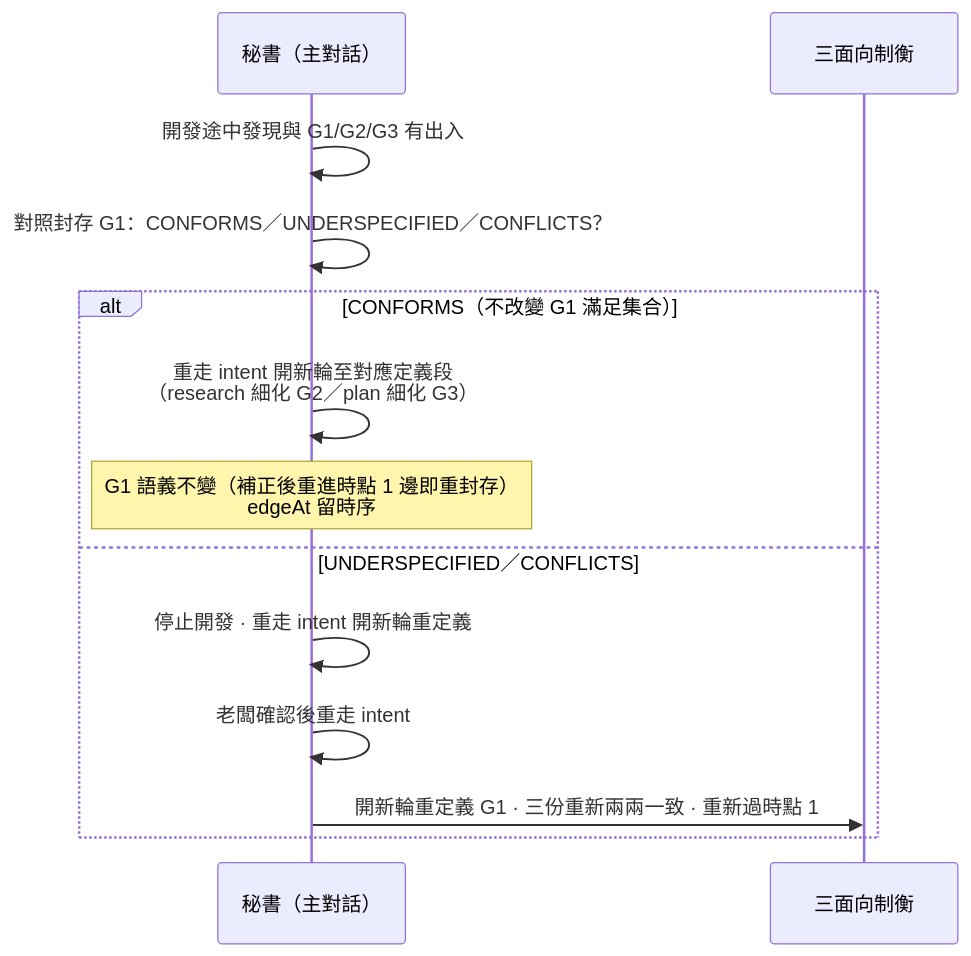
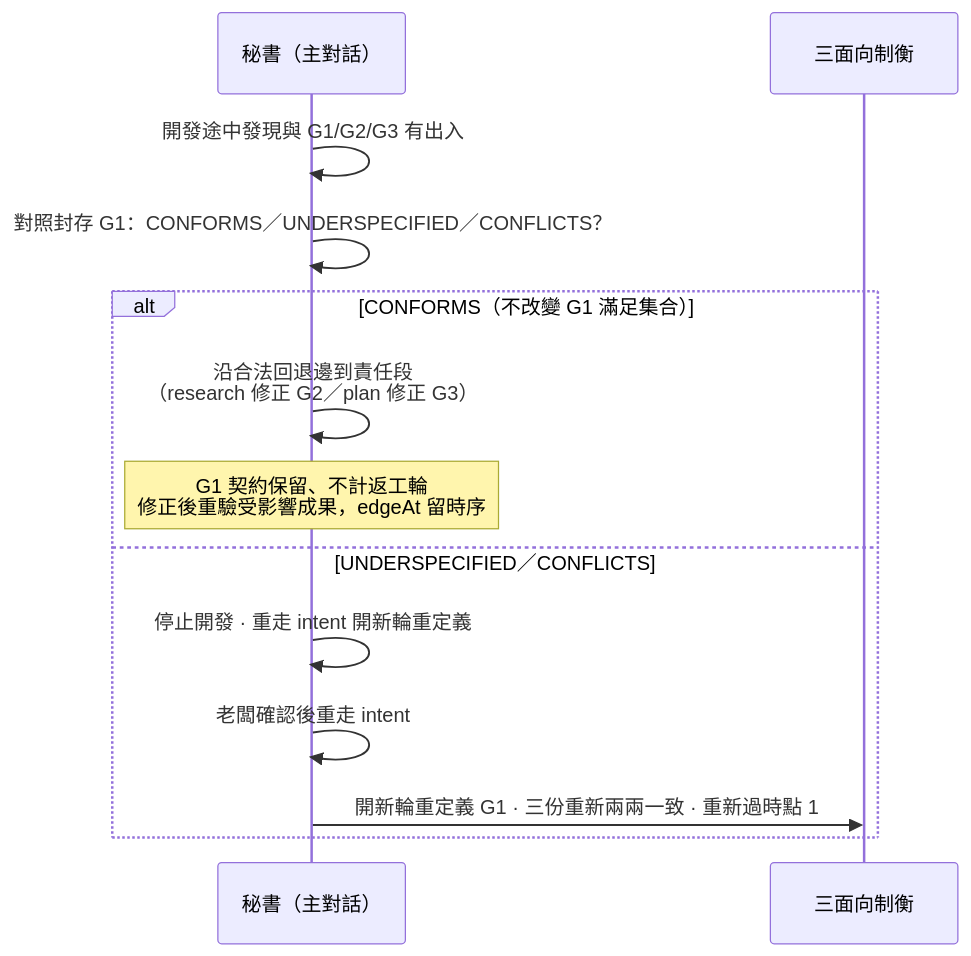
The first of 2 diagrams in skills/shiftblame/references/MECHANISMS.md (teps3105/shiftblame), drawn with Mermaid before and after one commit. The commit also changed other lines of this file and 28 other files, not shown here.

````diff
--- a/skills/shiftblame/references/MECHANISMS.md
+++ b/skills/shiftblame/references/MECHANISMS.md
@@ -30,17 +30,17 @@
 ```mermaid
 sequenceDiagram
      participant SEC as 秘書（主對話）
      participant Consult as 三面向制衡
 
      SEC->>SEC: 開發途中發現與 G1/G2/G3 有出入
      SEC->>SEC: 對照封存 G1：CONFORMS／UNDERSPECIFIED／CONFLICTS？
 
      alt CONFORMS（不改變 G1 滿足集合）
-         SEC->>SEC: 重走 intent 開新輪至對應定義段<br/>（research 細化 G2／plan 細化 G3）
-         Note over SEC: G1 語義不變（補正後重進時點 1 邊即重封存）<br/>edgeAt 留時序
+         SEC->>SEC: 沿合法回退邊到責任段<br/>（research 修正 G2／plan 修正 G3）
+         Note over SEC: G1 契約保留、不計返工輪<br/>修正後重驗受影響成果，edgeAt 留時序
      else UNDERSPECIFIED／CONFLICTS
          SEC->>SEC: 停止開發 · 重走 intent 開新輪重定義
          SEC->>SEC: 老闆確認後重走 intent
          SEC->>Consult: 開新輪重定義 G1 · 三份重新兩兩一致 · 重新過時點 1
      end
 ```
````
